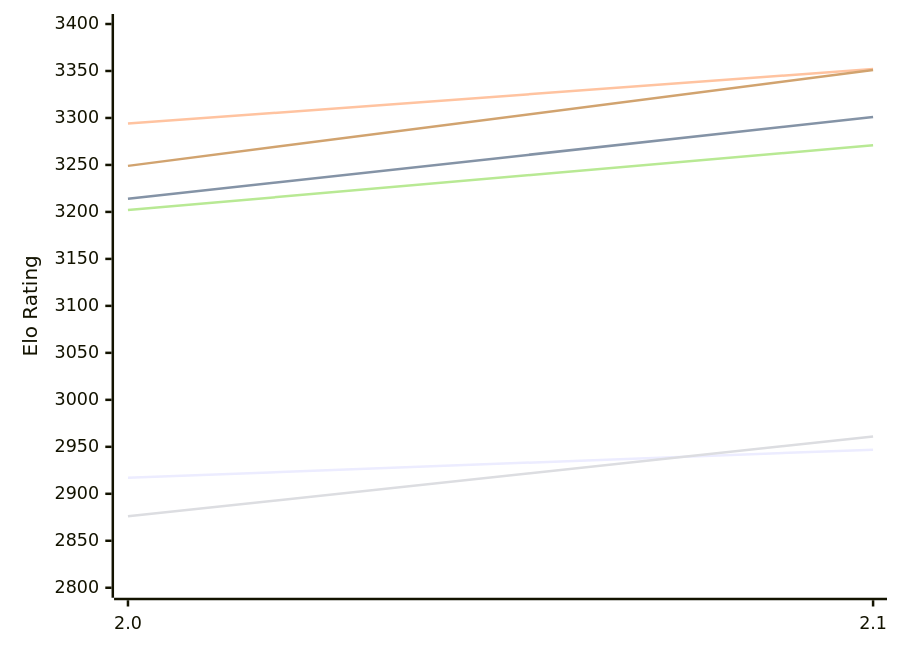
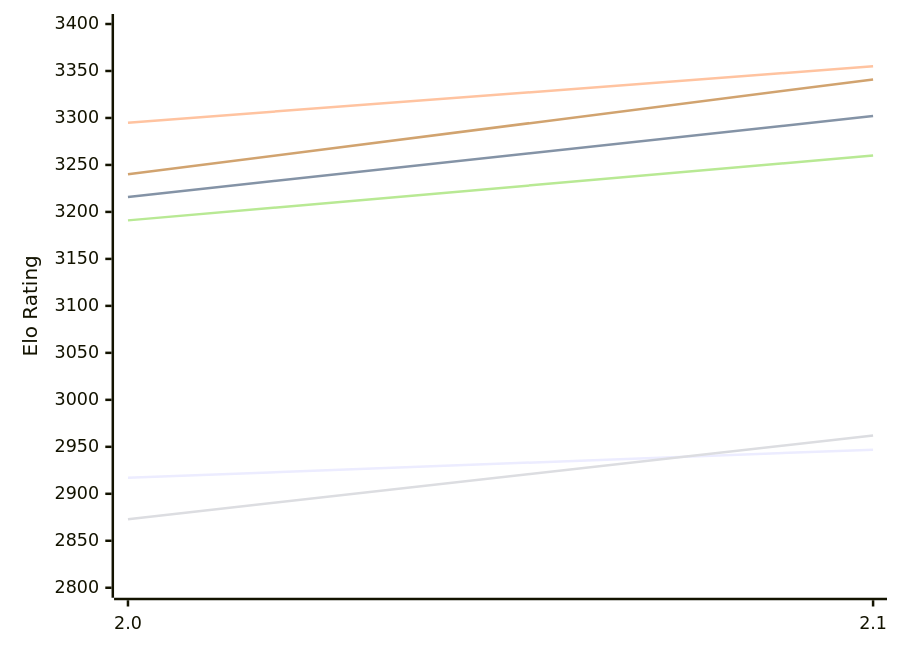
Before and after one commit to computer-chess-index/cci: the first of 2 diagrams in engines/Onslaught.md, drawn with Mermaid. The commit also changed other lines of this file, not shown here.

Commit message:
Update CCI Ratings (ELO VLTC) - 2026-11-15

````diff
--- a/engines/Onslaught.md
+++ b/engines/Onslaught.md
@@ -50,12 +50,12 @@
 ```mermaid
 %%{init: {"theme":"base","themeVariables":{"seriesColors:['#a3a3a3','#222221','#faa371']}}}%%
 xychart-beta
   x-axis ["2.0", "2.1"]
   y-axis "Elo Rating" 2800 --> 3400
   line "E1: STC (8.0+0.08s)" [2917, 2947]
-  line "E1: LTC (60.0+0.60s)" [3214, 3301]
-  line "E1: VLTC (2m24s+1.12s)" [3294, 3352]
-  line "P1: STC (8.0+0.08s)" [2876, 2961]
-  line "P1: LTC (60.0+0.60s)" [3202, 3271]
-  line "P1: VLTC (2m24s+1.12s)" [3249, 3351]
+  line "E1: LTC (60.0+0.60s)" [3216, 3302]
+  line "E1: VLTC (2m24s+1.12s)" [3295, 3355]
+  line "P1: STC (8.0+0.08s)" [2873, 2962]
+  line "P1: LTC (60.0+0.60s)" [3191, 3260]
+  line "P1: VLTC (2m24s+1.12s)" [3240, 3341]
 ```
````
